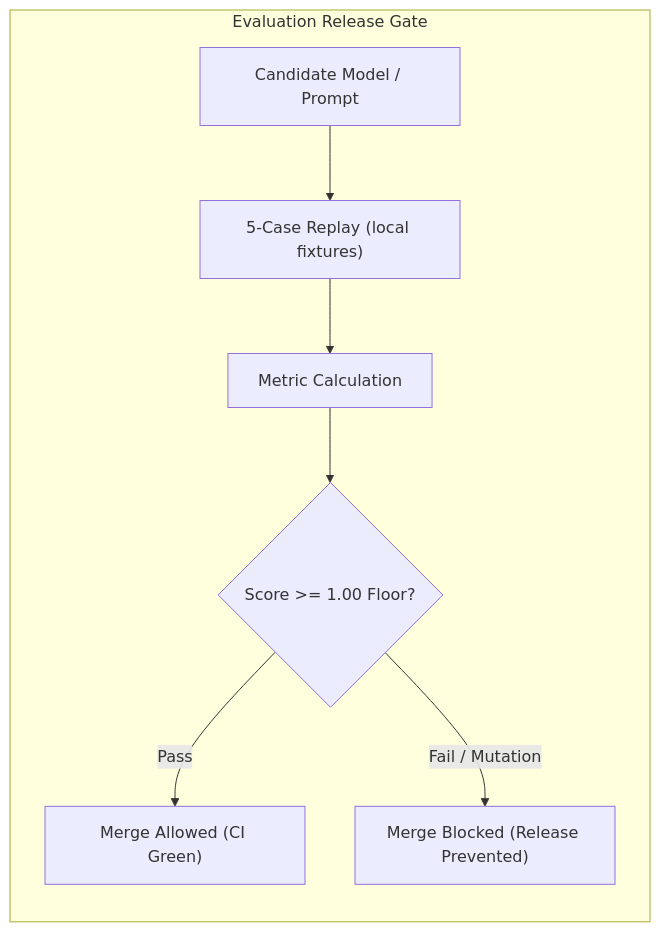
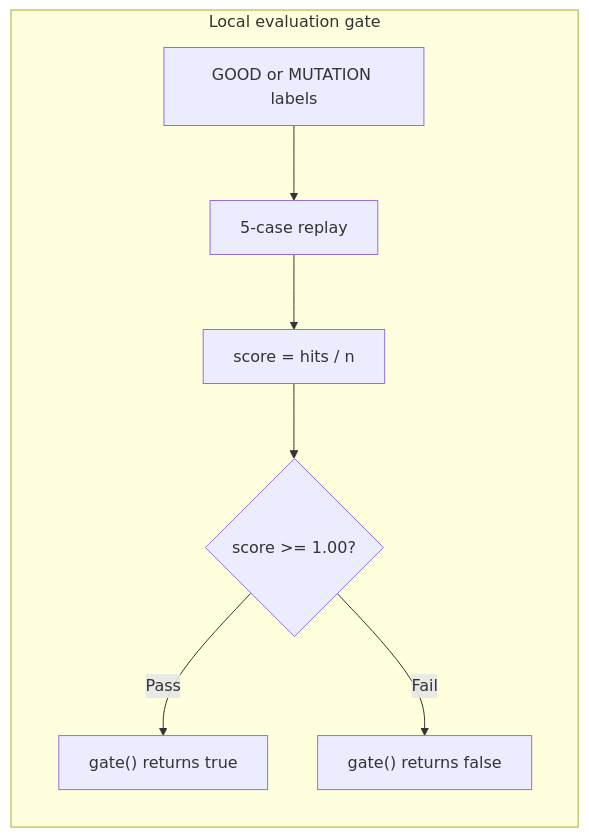
Before and after one commit to ChunkyTortoise/llm-reviewer-path: the second of 2 diagrams in README.md, drawn with Mermaid. The commit also changed other lines of this file and 2 other files, not shown here.

````diff
--- a/README.md
+++ b/README.md
@@ -88,10 +96,10 @@
 ```mermaid
 flowchart LR
-    subgraph Gate["Evaluation Release Gate"]
-        Cand["Candidate Model / Prompt"] --> Replay["5-Case Replay (local fixtures)"]
-        Replay --> Eval["Metric Calculation"]
-        Eval --> Floor{"Score >= 1.00 Floor?"}
-        Floor -->|Pass| Merge["Merge Allowed (CI Green)"]
-        Floor -->|Fail / Mutation| Block["Merge Blocked (Release Prevented)"]
+    subgraph Gate["Local evaluation gate"]
+        Cand["GOOD or MUTATION labels"] --> Replay["5-case replay"]
+        Replay --> Eval["score = hits / n"]
+        Eval --> Floor{"score >= 1.00?"}
+        Floor -->|Pass| Allow["gate() returns true"]
+        Floor -->|Fail| Block["gate() returns false"]
     end
 ```
````
